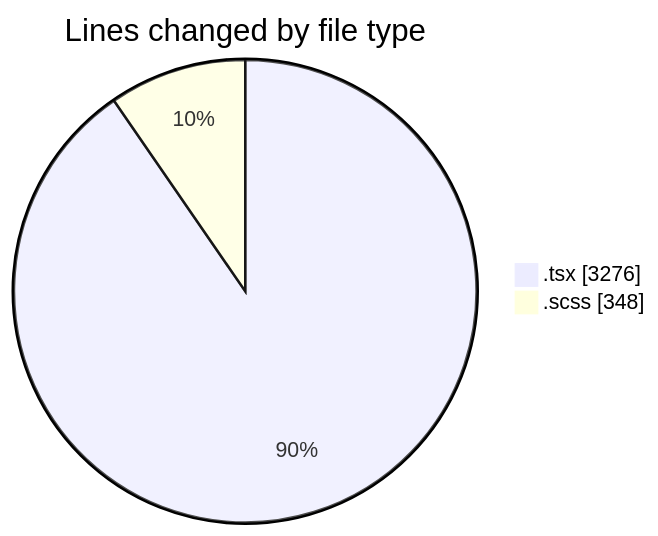
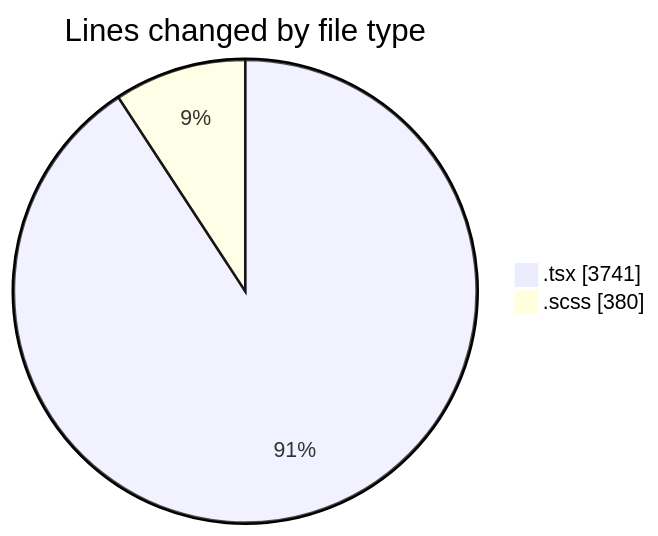
One commit to momahboobian/code-tracking changed the first of 2 diagrams in 2026-10-20/cda/README.md. Above: the diagram before and after it, drawn with Mermaid. The commit also changed other lines of this file and 1 other file, not shown here.

````diff
--- a/2026-10-20/cda/README.md
+++ b/2026-10-20/cda/README.md
@@ -32,6 +34,6 @@
 ```mermaid
 pie showData
 title Lines changed by file type
-".tsx" : 3276
-".scss" : 348
+".tsx" : 3741
+".scss" : 380
 ```
````
